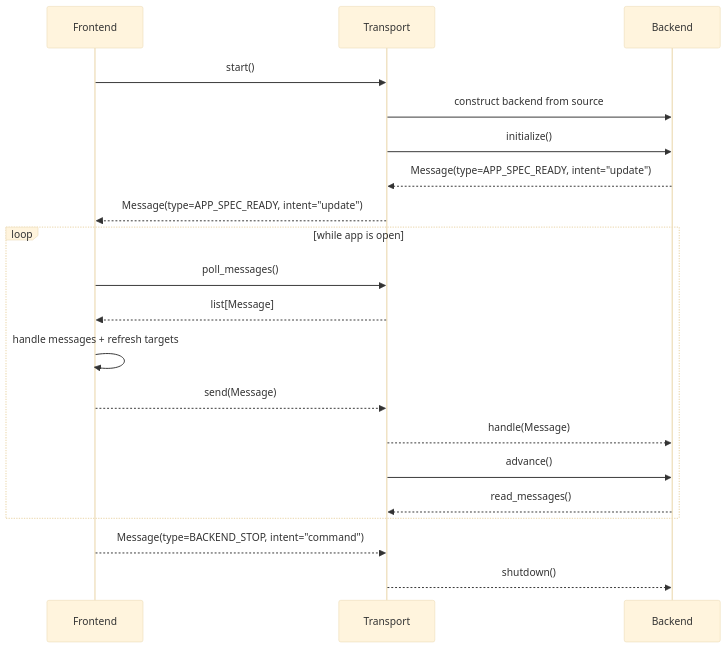
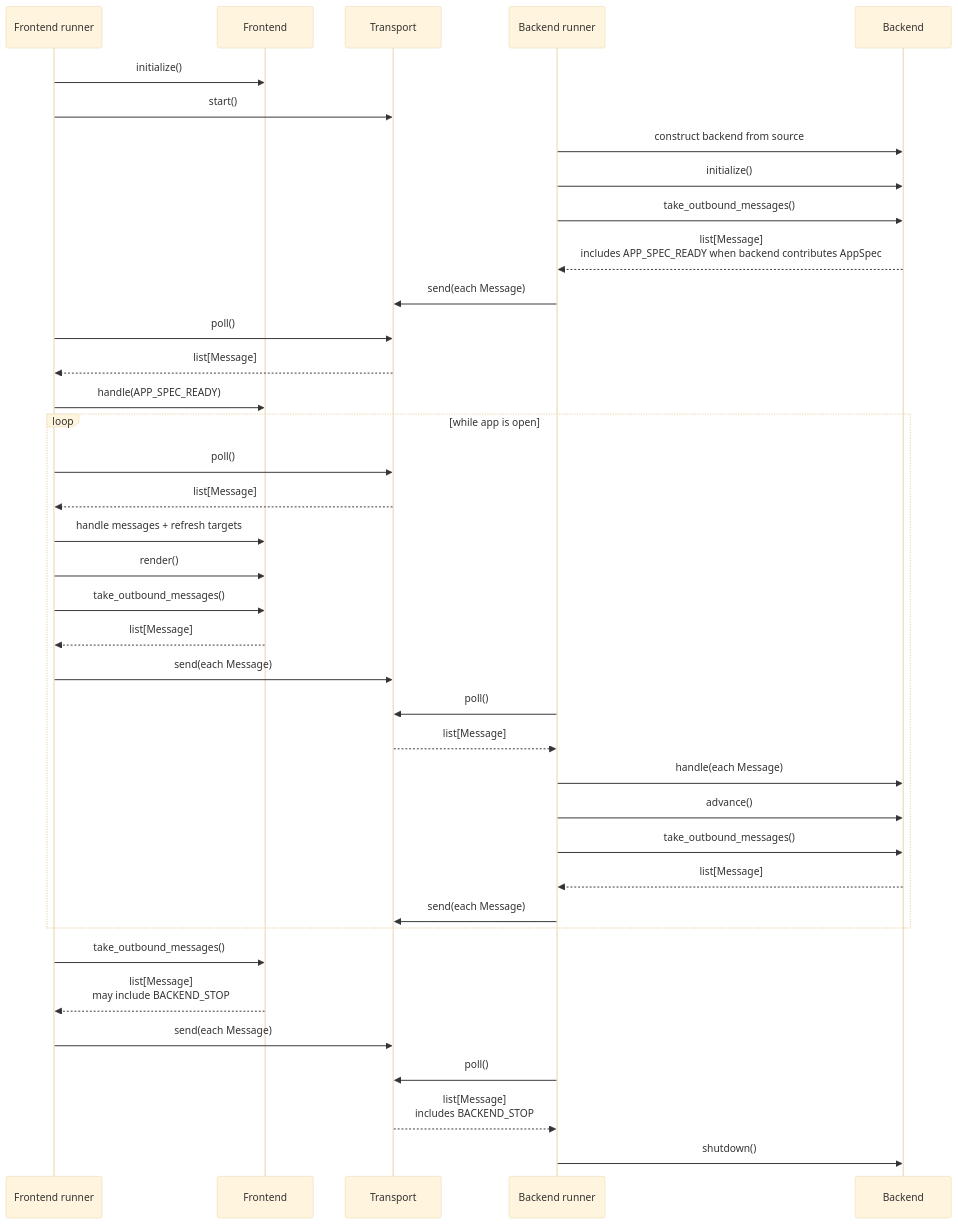
One commit to orrenravid1/CompartmentalNeuronGUI changed the tenth of 19 diagrams in docs/architecture/design/proposals/backend-transport-frontend-proposal.md. Above: the diagram before and after it, drawn with Mermaid (base theme). The commit also changed other lines of this file and 6 other files, not shown here.

````diff
--- a/docs/architecture/design/proposals/backend-transport-frontend-proposal.md
+++ b/docs/architecture/design/proposals/backend-transport-frontend-proposal.md
@@ -952,25 +1182,44 @@
 ```mermaid
 sequenceDiagram
+    participant FR as Frontend runner
     participant F as Frontend
     participant T as Transport
+    participant BR as Backend runner
     participant B as Backend
 
-    F->>T: start()
-    T->>B: construct backend from source
-    T->>B: initialize()
-    B-->>T: Message(type=APP_SPEC_READY, intent="update")
-    T-->>F: Message(type=APP_SPEC_READY, intent="update")
+    FR->>F: initialize()
+    FR->>T: start()
+    BR->>B: construct backend from source
+    BR->>B: initialize()
+    BR->>B: take_outbound_messages()
+    B-->>BR: list[Message]<br/>includes APP_SPEC_READY when backend contributes AppSpec
+    BR->>T: send(each Message)
+    FR->>T: poll()
+    T-->>FR: list[Message]
+    FR->>F: handle(APP_SPEC_READY)
 
     loop while app is open
-        F->>T: poll_messages()
-        T-->>F: list[Message]
-        F->>F: handle messages + refresh targets
-        F-->>T: send(Message)
-        T-->>B: handle(Message)
-        T->>B: advance()
-        B-->>T: read_messages()
+        FR->>T: poll()
+        T-->>FR: list[Message]
+        FR->>F: handle messages + refresh targets
+        FR->>F: render()
+        FR->>F: take_outbound_messages()
+        F-->>FR: list[Message]
+        FR->>T: send(each Message)
+
+        BR->>T: poll()
+        T-->>BR: list[Message]
+        BR->>B: handle(each Message)
+        BR->>B: advance()
+        BR->>B: take_outbound_messages()
+        B-->>BR: list[Message]
+        BR->>T: send(each Message)
     end
 
-    F-->>T: Message(type=BACKEND_STOP, intent="command")
-    T-->>B: shutdown()
+    FR->>F: take_outbound_messages()
+    F-->>FR: list[Message]<br/>may include BACKEND_STOP
+    FR->>T: send(each Message)
+    BR->>T: poll()
+    T-->>BR: list[Message]<br/>includes BACKEND_STOP
+    BR->>B: shutdown()
 ```
````
